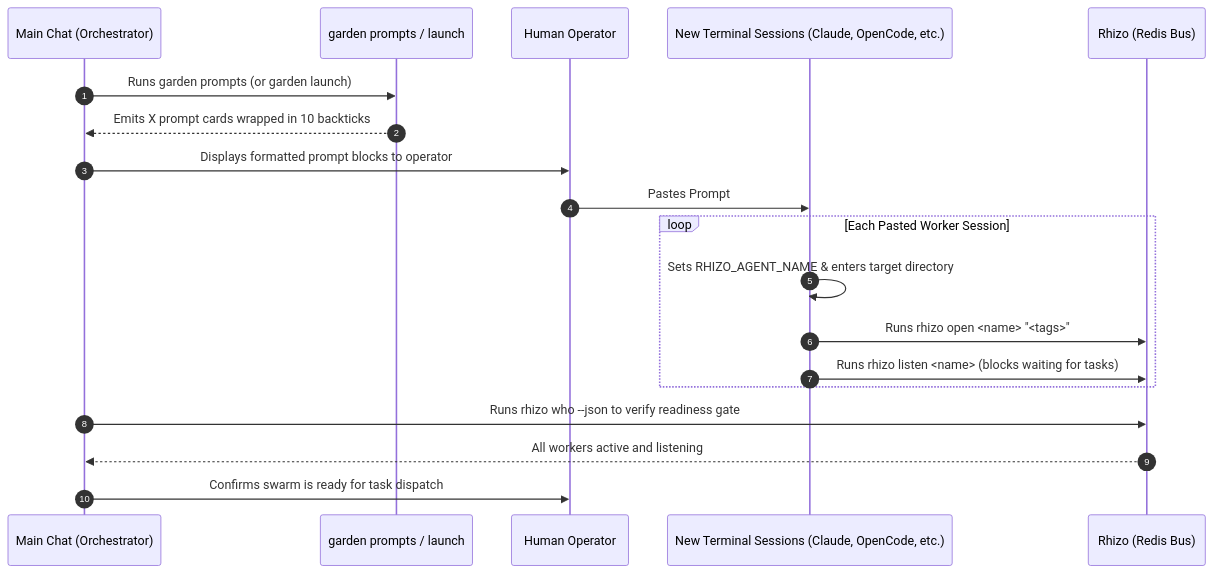
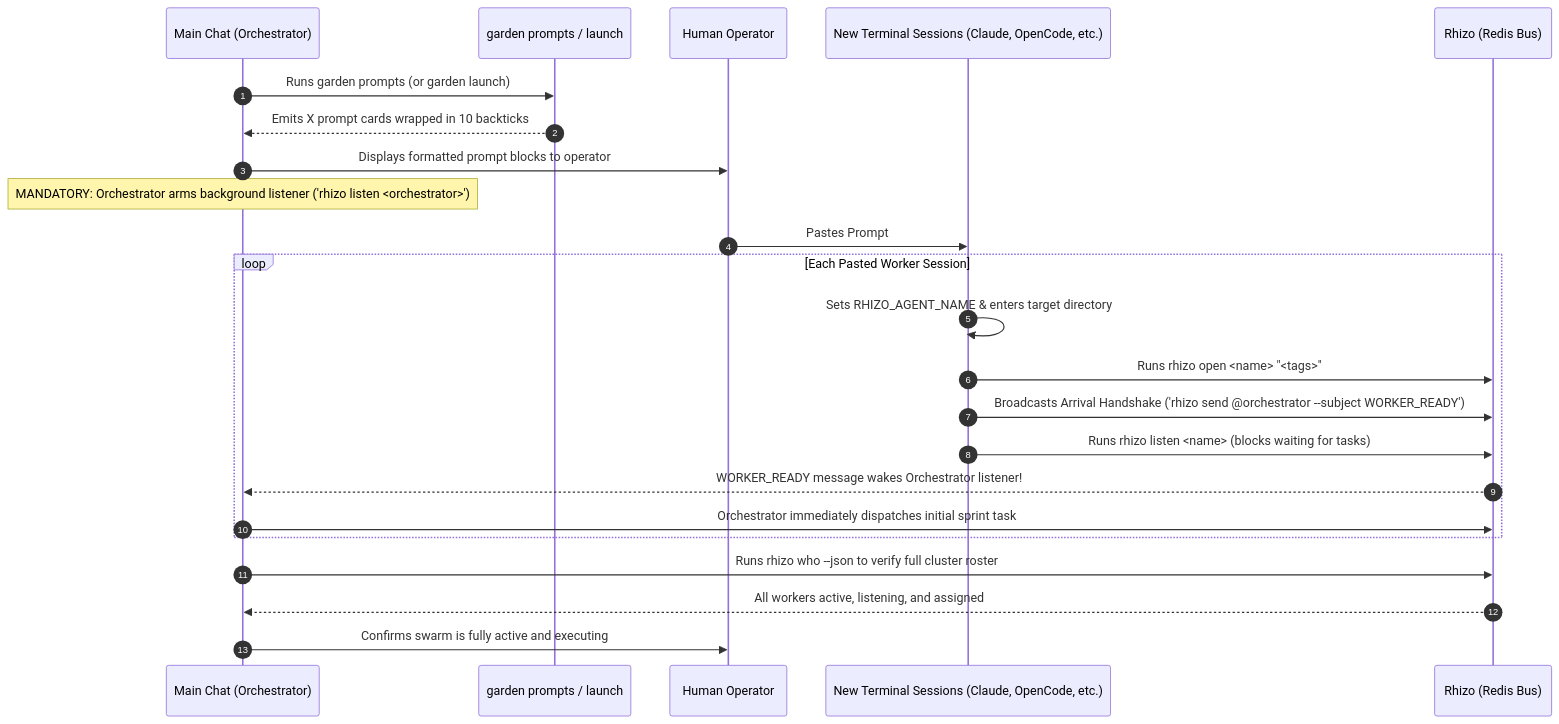
Before and after one commit to axiomantic/garden: the first of 2 diagrams in skills/launch-workers/SKILL.md, drawn with Mermaid. The commit also changed other lines of this file and 4 other files, not shown here.

Commit message:
feat: Mutual Arrival Handshake, Cluster Discovery, and Orchestrator Arm-Now Mandate

````diff
--- a/skills/launch-workers/SKILL.md
+++ b/skills/launch-workers/SKILL.md
@@ -52,22 +61,26 @@
 ```mermaid
 sequenceDiagram
     autonumber
     participant Orch as Main Chat (Orchestrator)
     participant Garden as garden prompts / launch
     participant Op as Human Operator
     participant Workers as New Terminal Sessions (Claude, OpenCode, etc.)
     participant Redis as Rhizo (Redis Bus)
 
     Orch->>Garden: Runs garden prompts (or garden launch)
     Garden-->>Orch: Emits X prompt cards wrapped in 10 backticks
     Orch->>Op: Displays formatted prompt blocks to operator
+    Note over Orch: MANDATORY: Orchestrator arms background listener ('rhizo listen <orchestrator>')
     Op->>Workers: Pastes Prompt #1 into Session 1, Prompt #2 into Session 2...
     loop Each Pasted Worker Session
         Workers->>Workers: Sets RHIZO_AGENT_NAME & enters target directory
         Workers->>Redis: Runs rhizo open <name> "<tags>"
+        Workers->>Redis: Broadcasts Arrival Handshake ('rhizo send @orchestrator --subject WORKER_READY')
         Workers->>Redis: Runs rhizo listen <name> (blocks waiting for tasks)
+        Redis-->>Orch: WORKER_READY message wakes Orchestrator listener!
+        Orch->>Redis: Orchestrator immediately dispatches initial sprint task
     end
-    Orch->>Redis: Runs rhizo who --json to verify readiness gate
-    Redis-->>Orch: All workers active and listening
-    Orch->>Op: Confirms swarm is ready for task dispatch
+    Orch->>Redis: Runs rhizo who --json to verify full cluster roster
+    Redis-->>Orch: All workers active, listening, and assigned
+    Orch->>Op: Confirms swarm is fully active and executing
 ```
````
